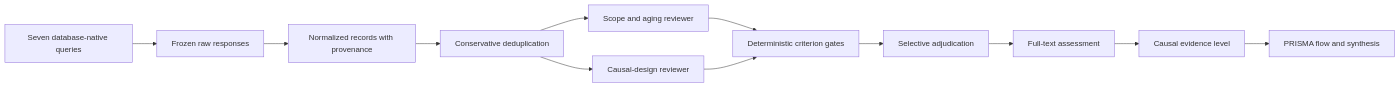
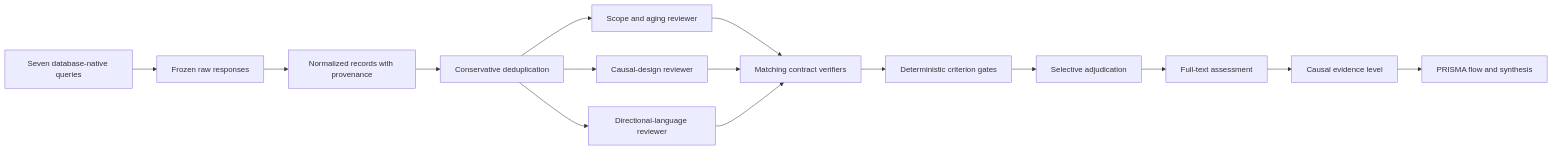
One commit to BogdanDidenko/causal-multiomics-aging-review changed the diagram in README.md. Above: the diagram before and after it, drawn with Mermaid. The commit also changed other lines of this file and 2401 other files, not shown here.

````diff
--- a/README.md
+++ b/README.md
@@ -29,14 +29,17 @@
 ```mermaid
 flowchart LR
   A["Seven database-native queries"] --> B["Frozen raw responses"]
   B --> C["Normalized records with provenance"]
   C --> D["Conservative deduplication"]
   D --> E["Scope and aging reviewer"]
   D --> F["Causal-design reviewer"]
-  E --> G["Deterministic criterion gates"]
-  F --> G
-  G --> H["Selective adjudication"]
-  H --> I["Full-text assessment"]
-  I --> J["Causal evidence level"]
-  J --> K["PRISMA flow and synthesis"]
+  D --> G["Directional-language reviewer"]
+  E --> H["Matching contract verifiers"]
+  F --> H
+  G --> H
+  H --> I["Deterministic criterion gates"]
+  I --> J["Selective adjudication"]
+  J --> K["Full-text assessment"]
+  K --> L["Causal evidence level"]
+  L --> M["PRISMA flow and synthesis"]
 ```
````
